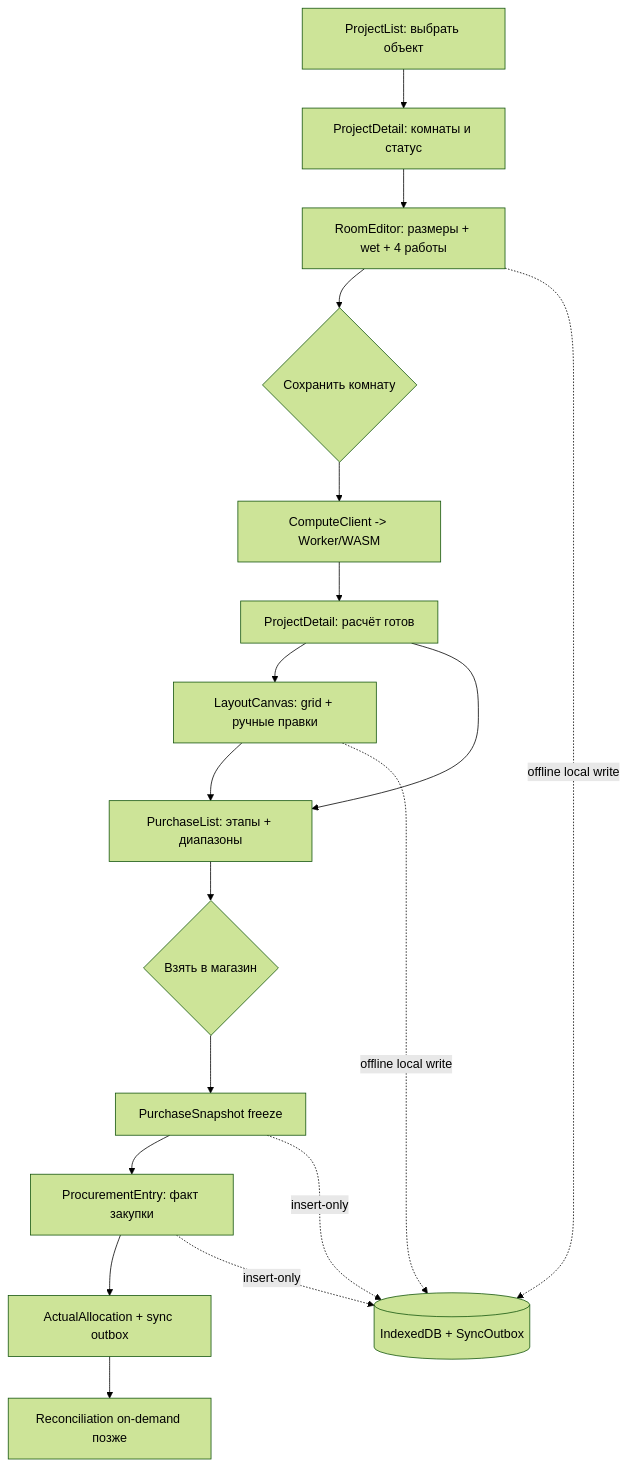
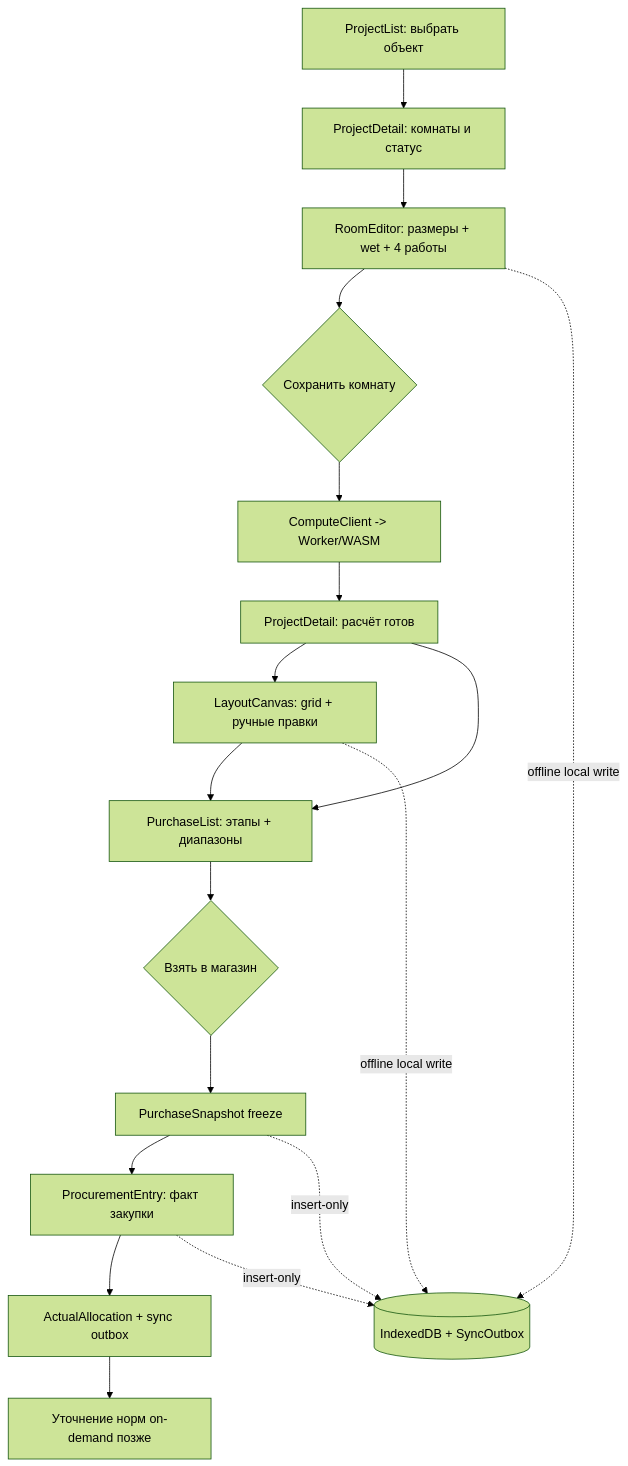
The diagram in docs/design/08-ux-flows.md (d1bevz/obrato), drawn with Mermaid (forest theme) before and after one commit. The commit also changed other lines of this file and 1 other file, not shown here.

```diff
--- a/docs/design/08-ux-flows.md
+++ b/docs/design/08-ux-flows.md
@@ -77,21 +77,21 @@
 ~~~mermaid
 flowchart TD
     A[ProjectList: выбрать объект] --> B[ProjectDetail: комнаты и статус]
     B --> C[RoomEditor: размеры + wet + 4 работы]
     C --> D{Сохранить комнату}
     D --> E[ComputeClient -> Worker/WASM]
     E --> F[ProjectDetail: расчёт готов]
     F --> G[LayoutCanvas: grid + ручные правки]
     F --> H[PurchaseList: этапы + диапазоны]
     G --> H
     H --> I{Взять в магазин}
     I --> J[PurchaseSnapshot freeze]
     J --> K[ProcurementEntry: факт закупки]
     K --> L[ActualAllocation + sync outbox]
-    L --> M[Reconciliation on-demand позже]
+    L --> M[Уточнение норм on-demand позже]
 
     C -. offline local write .-> X[(IndexedDB + SyncOutbox)]
     G -. offline local write .-> X
     J -. insert-only .-> X
     K -. insert-only .-> X
 ~~~
```
